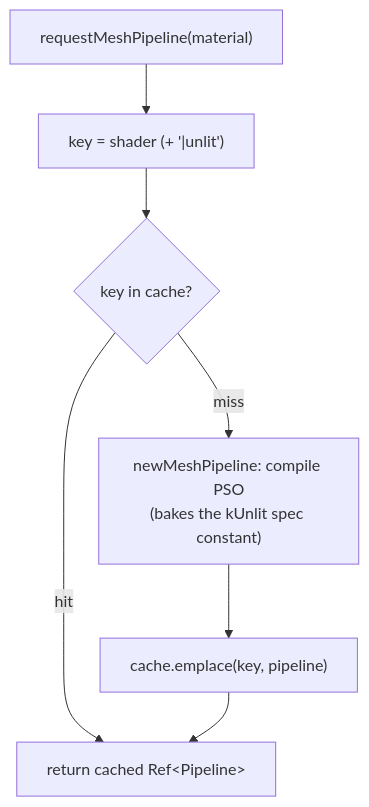
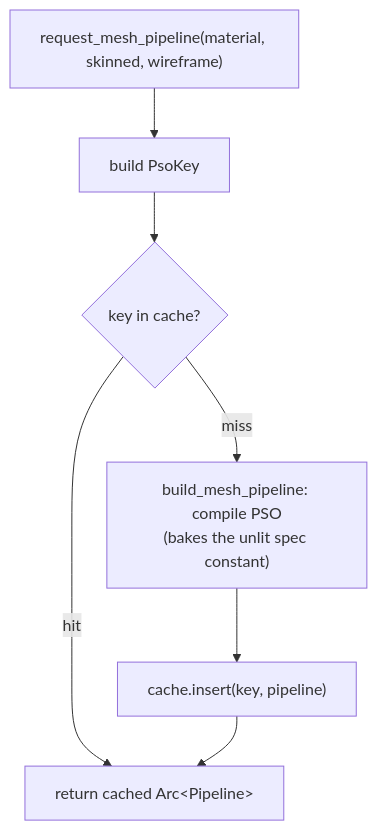
Before and after one commit to saffronjam/saffron-anima: the diagram in docs/content/explanations/materials-and-pipelines/material-and-pso-selection.md, drawn with Mermaid. The commit also changed other lines of this file and 6 other files, not shown here.

First line of the commit message:
docs: refresh material pipeline pages

````diff
--- a/docs/content/explanations/materials-and-pipelines/material-and-pso-selection.md
+++ b/docs/content/explanations/materials-and-pipelines/material-and-pso-selection.md
@@ -32,9 +31,9 @@
 ```mermaid
 flowchart TD
-    A["requestMeshPipeline(material)"] --> B["key = shader (+ '|unlit')"]
+    A["request_mesh_pipeline(material, skinned, wireframe)"] --> B["build PsoKey"]
     B --> C{"key in cache?"}
-    C -- hit --> D["return cached Ref&lt;Pipeline&gt;"]
-    C -- miss --> E["newMeshPipeline: compile PSO<br/>(bakes the kUnlit spec constant)"]
-    E --> F["cache.emplace(key, pipeline)"]
+    C -- hit --> D["return cached Arc&lt;Pipeline&gt;"]
+    C -- miss --> E["build_mesh_pipeline: compile PSO<br/>(bakes the unlit spec constant)"]
+    E --> F["cache.insert(key, pipeline)"]
     F --> D
 ```
````
